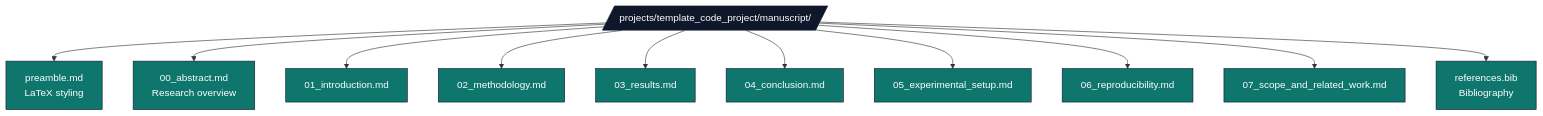
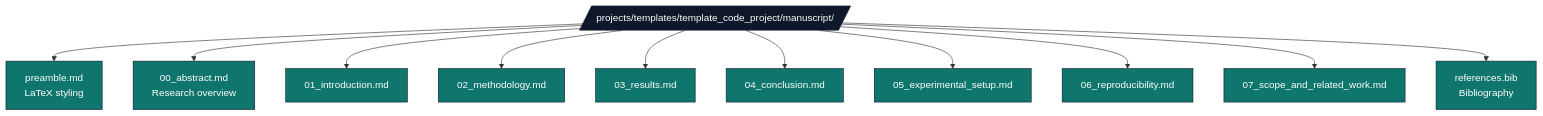
Before and after one commit to docxology/template: the diagram in docs/guides/getting-started.md, drawn with Mermaid. The commit also changed other lines of this file and 1821 other files, not shown here.

First line of the commit message:
refactor(projects): adopt 5-folder lifecycle + move exemplars under projects/templates/

````diff
--- a/docs/guides/getting-started.md
+++ b/docs/guides/getting-started.md
@@ -106,19 +106,19 @@
 ```mermaid
 flowchart TB
-    M[/projects/template_code_project/manuscript//]
+    M[/projects/templates/template_code_project/manuscript//]
     M --> PRE[preamble.md<br/>LaTeX styling]
     M --> ABS[00_abstract.md<br/>Research overview]
     M --> INTRO[01_introduction.md]
     M --> METH[02_methodology.md]
     M --> RES[03_results.md]
     M --> CONC[04_conclusion.md]
     M --> EXP[05_experimental_setup.md]
     M --> REP[06_reproducibility.md]
     M --> SCOPE[07_scope_and_related_work.md]
     M --> BIB[references.bib<br/>Bibliography]
 
     classDef d fill:#0f172a,stroke:#0f172a,color:#fff
     classDef f fill:#0f766e,stroke:#0f172a,color:#fff
     class M d
     class PRE,ABS,INTRO,METH,RES,CONC,EXP,REP,SCOPE,BIB f
 ```
````
